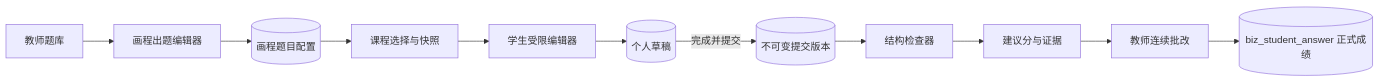
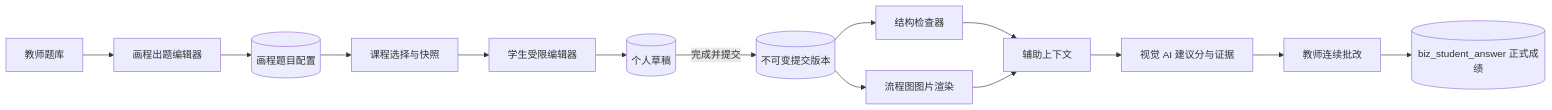
One commit to ErnestWantHappy/newdazi changed the first of 2 diagrams in contexts/flowchart-tool/design.md. Above: the diagram before and after it, drawn with Mermaid. The commit also changed other lines of this file and 95 other files, not shown here.

First line of the commit message:
feat: 流程图作答与AI多模态批改、课堂通用分组与学生桌面任务状态跟踪

````diff
--- a/contexts/flowchart-tool/design.md
+++ b/contexts/flowchart-tool/design.md
@@ -7,13 +7,16 @@
 ```mermaid
 flowchart LR
     T[教师题库] --> E[画程出题编辑器]
     E --> Q[(画程题目配置)]
     Q --> L[课程选择与快照]
     L --> S[学生受限编辑器]
     S --> D[(个人草稿)]
     D -->|完成并提交| V[(不可变提交版本)]
     V --> C[结构检查器]
-    C --> G[建议分与证据]
-    G --> R[教师连续批改]
+    V --> I[流程图图片渲染]
+    C --> G[辅助上下文]
+    I --> G
+    G --> AIV[视觉 AI 建议分与证据]
+    AIV --> R[教师连续批改]
     R --> A[(biz_student_answer 正式成绩)]
 ```
````
